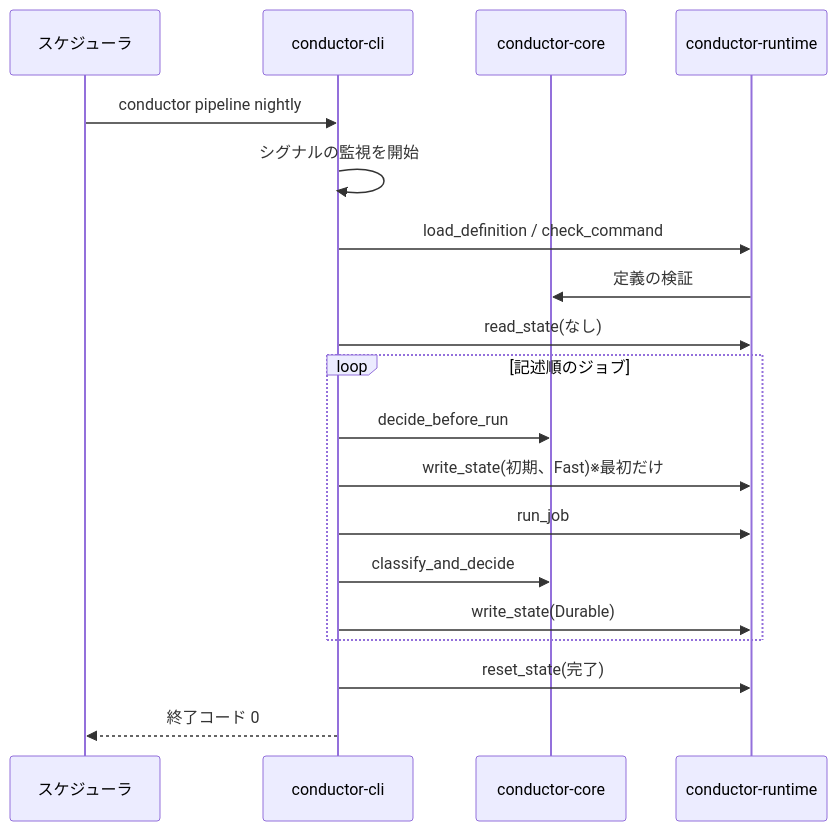
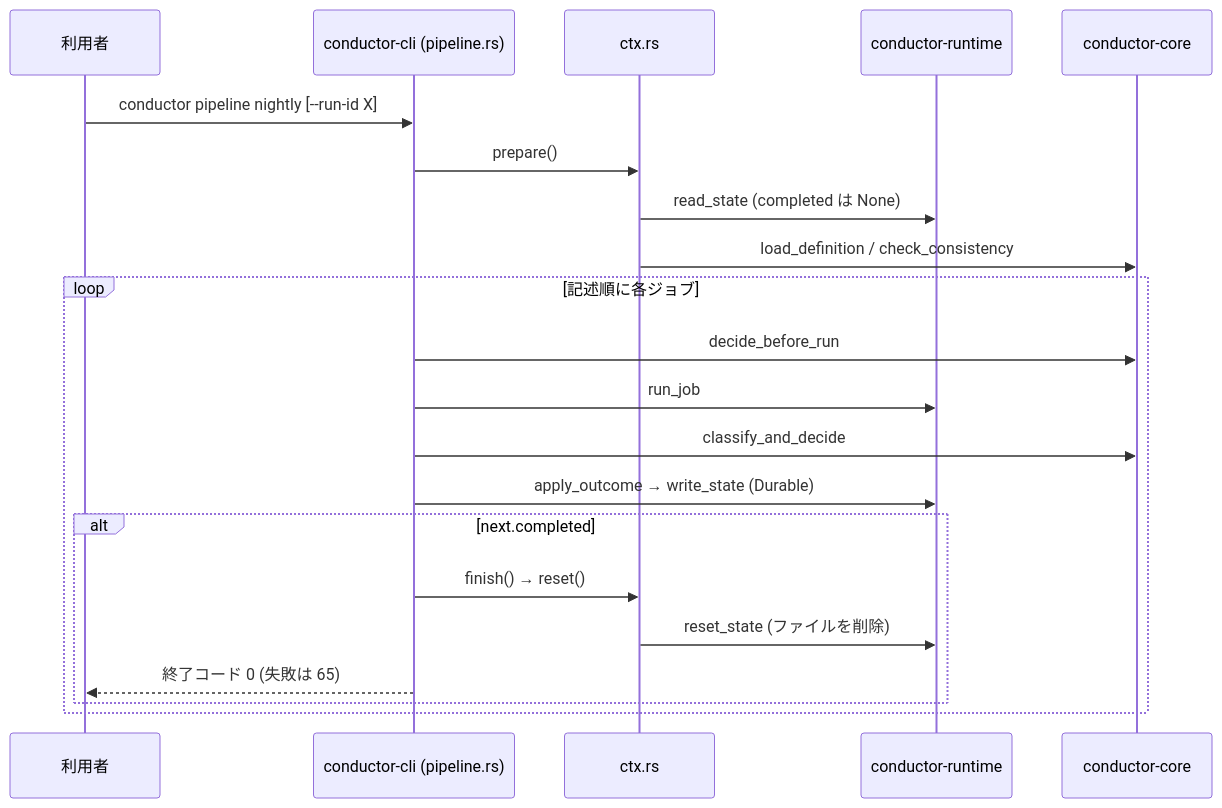
The second of 3 diagrams in aidlc/spaces/default/codekb/rust-job-conductor/architecture.md (agwlvssainokuni/rust-job-conductor), drawn with Mermaid before and after one commit. The commit also changed other lines of this file and 19 other files, not shown here.

````diff
--- a/aidlc/spaces/default/codekb/rust-job-conductor/architecture.md
+++ b/aidlc/spaces/default/codekb/rust-job-conductor/architecture.md
@@ -54,21 +53,23 @@
 ```mermaid
 sequenceDiagram
-    participant U as スケジューラ
-    participant C as conductor-cli
-    participant K as conductor-core
-    participant R as conductor-runtime
-    U->>C: conductor pipeline nightly
-    C->>C: シグナルの監視を開始
-    C->>R: load_definition / check_command
-    R->>K: 定義の検証
-    C->>R: read_state(なし)
-    loop 記述順のジョブ
-        C->>K: decide_before_run
-        C->>R: write_state(初期、Fast)※最初だけ
-        C->>R: run_job
-        C->>K: classify_and_decide
-        C->>R: write_state(Durable)
+    participant U as 利用者
+    participant CLI as conductor-cli (pipeline.rs)
+    participant CTX as ctx.rs
+    participant RT as conductor-runtime
+    participant CORE as conductor-core
+    U->>CLI: conductor pipeline nightly [--run-id X]
+    CLI->>CTX: prepare()
+    CTX->>RT: read_state (completed は None)
+    CTX->>CORE: load_definition / check_consistency
+    loop 記述順に各ジョブ
+        CLI->>CORE: decide_before_run
+        CLI->>RT: run_job
+        CLI->>CORE: classify_and_decide
+        CLI->>RT: apply_outcome → write_state (Durable)
+        alt next.completed
+            CLI->>CTX: finish() → reset()
+            CTX->>RT: reset_state (ファイルを削除)
+            CLI-->>U: 終了コード 0 (失敗は 65)
+        end
     end
-    C->>R: reset_state(完了)
-    C-->>U: 終了コード 0
 ```
````
